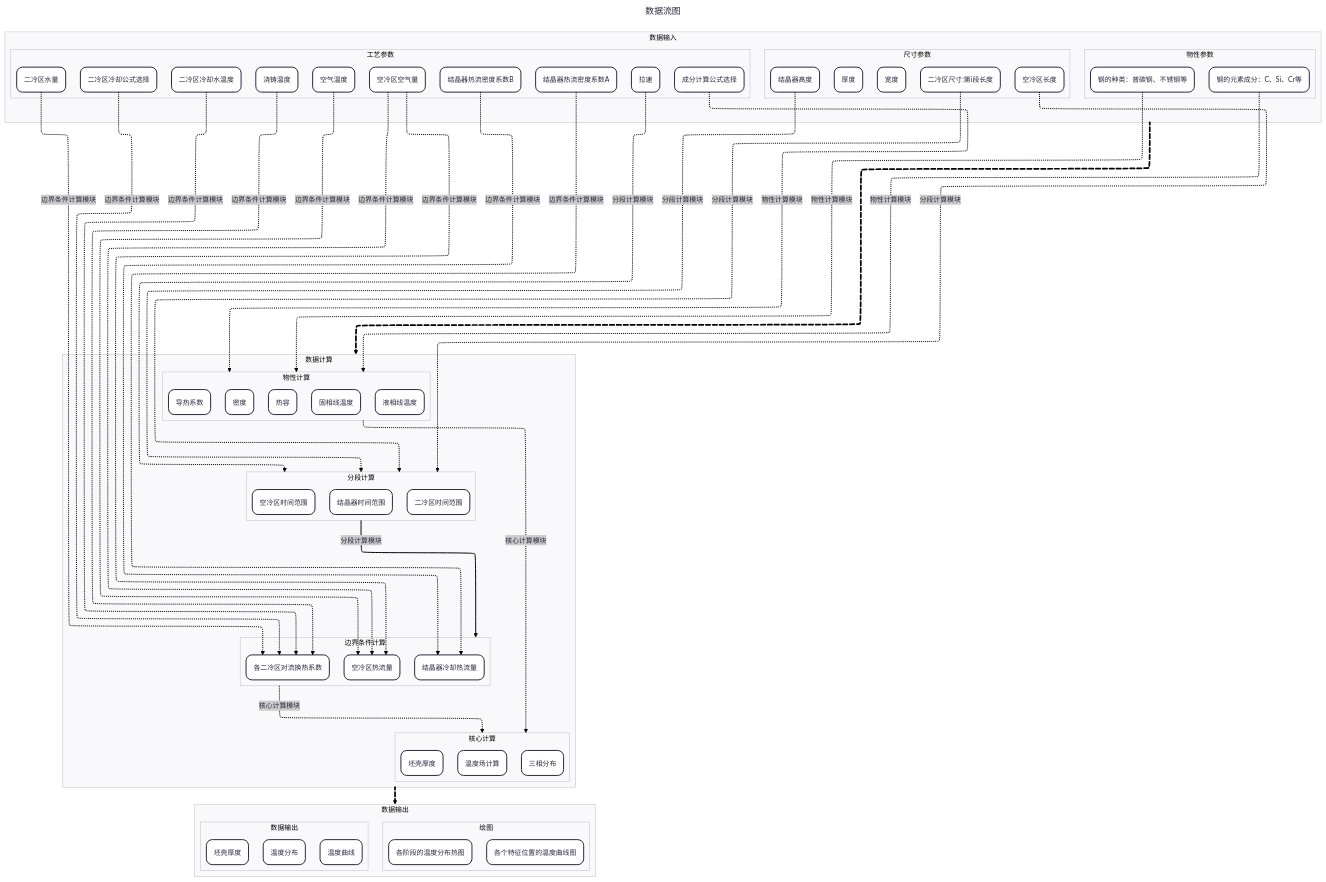
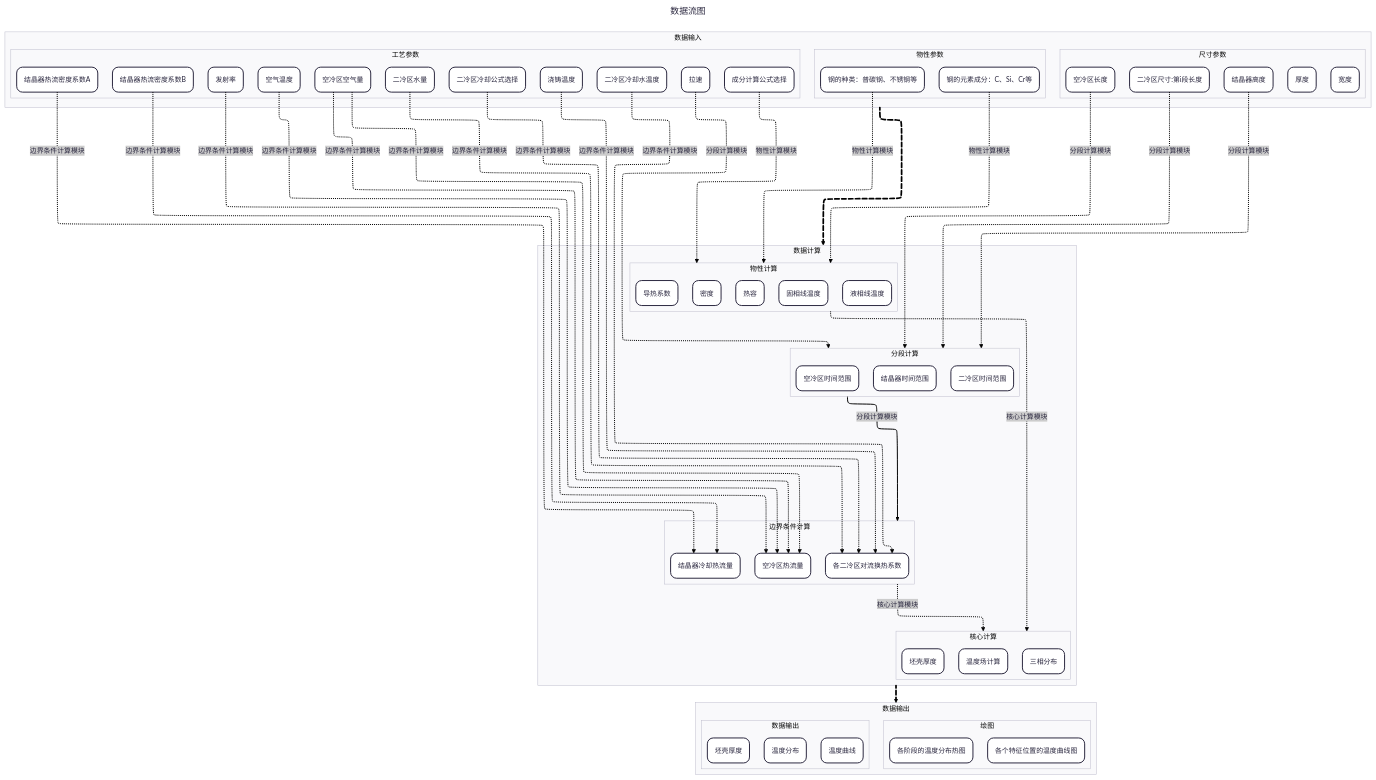
The diagram in casting_temp_simulation/1_notes/process_chart/data_flow.mmd (SinJoker/streamlitapps), drawn with Mermaid before and after one commit. The commit also changed 7 other files, not shown here.

```diff
--- a/casting_temp_simulation/1_notes/process_chart/data_flow.mmd
+++ b/casting_temp_simulation/1_notes/process_chart/data_flow.mmd
@@ -1,125 +1,132 @@
 ---
 title: 数据流图
 config:
       theme: redux
 ---
 flowchart-elk TD
+
         %% 主逻辑模块
         input e1@==>calculate e2@==>output
         calculate_section  --> |分段计算模块|calculate_boundary
+
         %% 分段计算模块数据导入
         input_process_pulling_speed &  input_mold_height & input_second_cooling_length & input_air_cooling_length -.->|分段计算模块|calculate_section
         calculate_property & calculate_boundary -.->|核心计算模块|calculate_core
 
         %% 物性计算模块数据导入
         input_process_composition_equation & input_property_steel_type & input_property_steel_composition-.->|物性计算模块|calculate_property
 
         %% 边界条件计算模块数据导入
         input_process_er_k_a & input_process_er_k_b-.->|边界条件计算模块|calculate_boundary_mold_heat_flow
         input_process_water_colling_equation & input_process_mold_temperature & input_process_water_temperature & input_process_er_k_le-.->|边界条件计算模块|calculate_boundary_pressure
-        input_process_air_k_le & input_process_air_k_le & input_process_air_temperature -.->|边界条件计算模块|calculate_boundary_air_heat_flow
+        input_process_emissivity & input_process_air_k_le & input_process_air_k_le & input_process_air_temperature -.->|边界条件计算模块|calculate_boundary_air_heat_flow
 
         %% 位置调整
         calculate_property ~~~ calculate_boundary ~~~ calculate_section
 
         %% 动画
         e1@{ animate: true }
         e2@{ animate: true }
 
         direction LR
         subgraph input [数据输入]
             subgraph input_size[尺寸参数]
                 input_slab_width(宽度)
                 input_slab_thickness(厚度)
                 input_mold_height(结晶器高度)
                 %% 二冷区长度
                 input_second_cooling_length(二冷区尺寸:第i段长度)
                 %% 空冷区长度
                 input_air_cooling_length(空冷区长度)
             end
             subgraph input_property[物性参数]
                 %% 钢的元素成分
                 input_property_steel_composition(钢的元素成分：C、Si、Cr等)
                 %% 钢的种类
                 input_property_steel_type(钢的种类：普碳钢、不锈钢等)
             end
             %% 工艺参数
             subgraph input_process[工艺参数]
                 %% 连铸拉速
                 input_process_pulling_speed(拉速)
                 %% 二冷区水量le
                 input_process_er_k_le(二冷区水量)
                 %% 空冷区空气量
                 input_process_air_k_le(空冷区空气量)
                 %% 空气温度
                 input_process_air_temperature(空气温度)
                 %% 浇铸温度
                 input_process_mold_temperature(浇铸温度)
                 %% 结晶器热流密度系数A
                 input_process_er_k_a(结晶器热流密度系数A)
                 %% 结晶器热流密度系数B
                 input_process_er_k_b(结晶器热流密度系数B)
                 %% 二冷区冷却水温度
                 input_process_water_temperature(二冷区冷却水温度)
                 %% 二冷区冷却公式选择
                 input_process_water_colling_equation(二冷区冷却公式选择)
                 %% 成分计算公式选择
                 input_process_composition_equation(成分计算公式选择)
+                %% 发射率
+                input_process_emissivity(发射率)
             end
+        end
 
-        end
+
         subgraph calculate[数据计算]
         direction LR
             calculate_property ~~~ calculate_section ~~~ calculate_boundary ~~~calculate_core
             %% 物性计算模块
             subgraph calculate_property[物性计算]
                 calculate_property_density(密度)
                 calculate_property_specific_heat(热容)
                 calculate_property_thermal_conductivity(导热系数)
                 %% 固相线温度
                 calculate_property_solid_line_temperature(固相线温度)
                 %% 液相线温度
                 calculate_property_liquid_line_temperature(液相线温度)
             end
             %% 边界条件计算模块
             subgraph calculate_boundary[边界条件计算]
                 calculate_boundary_mold_heat_flow(结晶器冷却热流量)
                 calculate_boundary_pressure(各二冷区对流换热系数)
                 %% 空冷区热流量
                 calculate_boundary_air_heat_flow(空冷区热流量)
             end
             %% 核心计算模块
             subgraph calculate_core[核心计算]
                 calculate_core_temperature(温度场计算)
                 %% 三相分布
                 calculate_core_three_phase_distribution(三相分布)
                 %% 坯壳厚度
                 calculate_core_shell_thickness(坯壳厚度)
             end
             %% 分段模块
             subgraph calculate_section[分段计算]
                 %% 结晶器时间范围
                 calculate_mold_section_time_range(结晶器时间范围)
                 %% 二冷区时间范围
                 calculate_second_cooling_section_time_range(二冷区时间范围)
                 %% 空冷区时间范围
                 calculate_air_cooling_section_time_range(空冷区时间范围)
             end
         end
+
+
         subgraph output[数据输出]
             %% 绘图模块
             subgraph plot[绘图]
                 %% 各阶段的温度分布热图
                 plot_temperature_distribution_heatmap(各阶段的温度分布热图)
                 %% 各个特征位置的温度曲线图
                 plot_temperature_curve(各个特征位置的温度曲线图)
             end
             subgraph output_data[数据输出]
                 %% 温度分布
                 output_data_temperature_distribution(温度分布)
                 %% 温度曲线
                 output_data_temperature_curve(温度曲线)
                 %% 坯壳厚度
                 output_data_shell_thickness(坯壳厚度)
             end
         end
```
